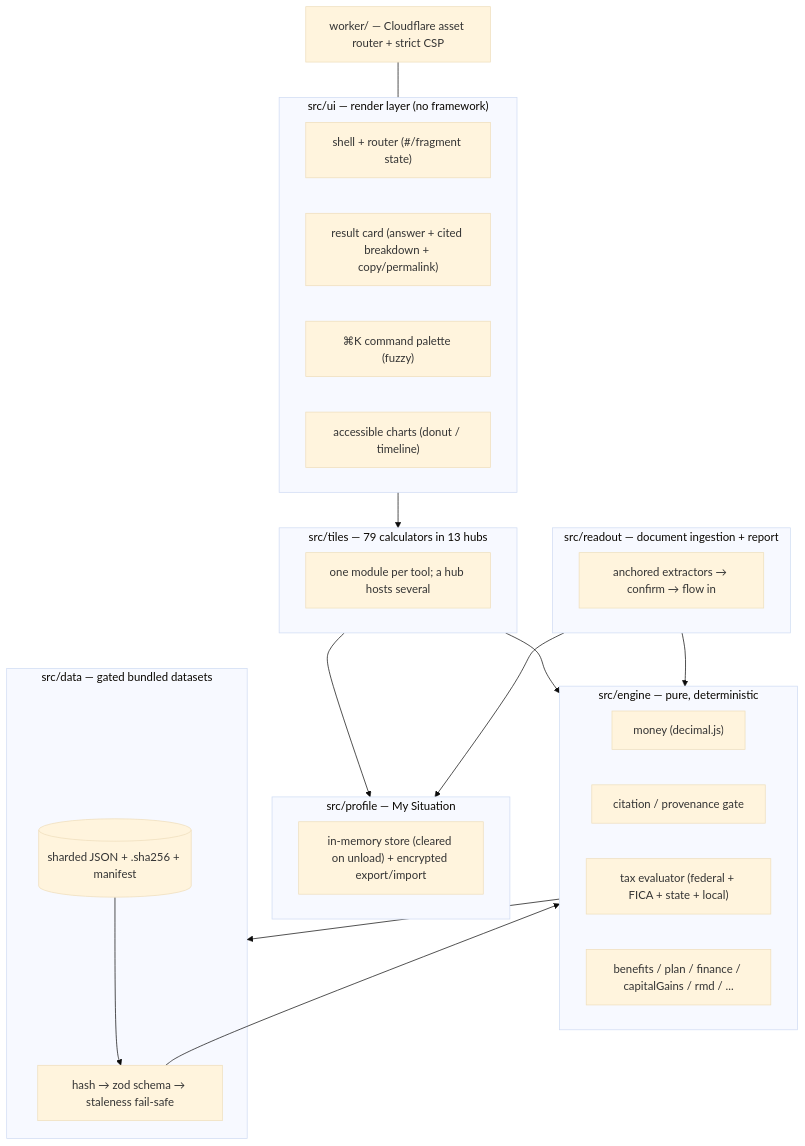
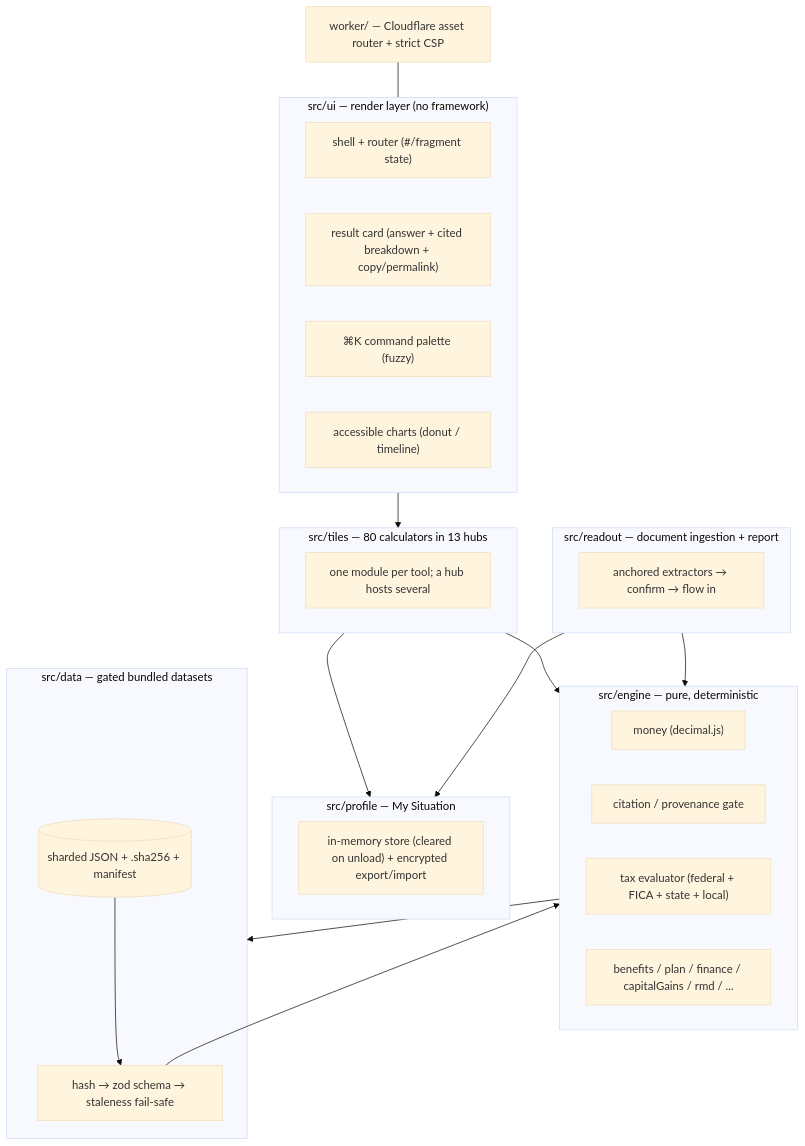
The second of 7 diagrams in docs/under-the-hood.md (clay-good/enklayve), drawn with Mermaid (base theme) before and after one commit. The commit also changed other lines of this file and 23 other files, not shown here.

````diff
--- a/docs/under-the-hood.md
+++ b/docs/under-the-hood.md
@@ -300,36 +300,36 @@
 ```mermaid
 flowchart TD
     subgraph UI["src/ui — render layer (no framework)"]
         SH["shell + router (#/fragment state)"]
         RC["result card (answer + cited breakdown + copy/permalink)"]
         CP["⌘K command palette (fuzzy)"]
         CH["accessible charts (donut / timeline)"]
     end
-    subgraph TILES["src/tiles — 79 calculators in 13 hubs"]
+    subgraph TILES["src/tiles — 80 calculators in 13 hubs"]
         T1["one module per tool; a hub hosts several"]
     end
     subgraph PROFILE["src/profile — My Situation"]
         PS["in-memory store (cleared on unload) + encrypted export/import"]
     end
     subgraph READOUT["src/readout — document ingestion + report"]
         RX["anchored extractors → confirm → flow in"]
     end
     subgraph ENGINE["src/engine — pure, deterministic"]
         MN["money (decimal.js)"]
         CI["citation / provenance gate"]
         TAX["tax evaluator (federal + FICA + state + local)"]
         BEN["benefits / plan / finance / capitalGains / rmd / ..."]
     end
     subgraph DATA["src/data — gated bundled datasets"]
         LO["hash → zod schema → staleness fail-safe"]
         DS[("sharded JSON + .sha256 + manifest")]
     end
     TILES --> ENGINE
     READOUT --> ENGINE
     TILES --> PROFILE
     READOUT --> PROFILE
     UI --> TILES
     ENGINE --> DATA
     DS --> LO --> ENGINE
     WORKER["worker/ — Cloudflare asset router + strict CSP"] --- UI
 ```
````
